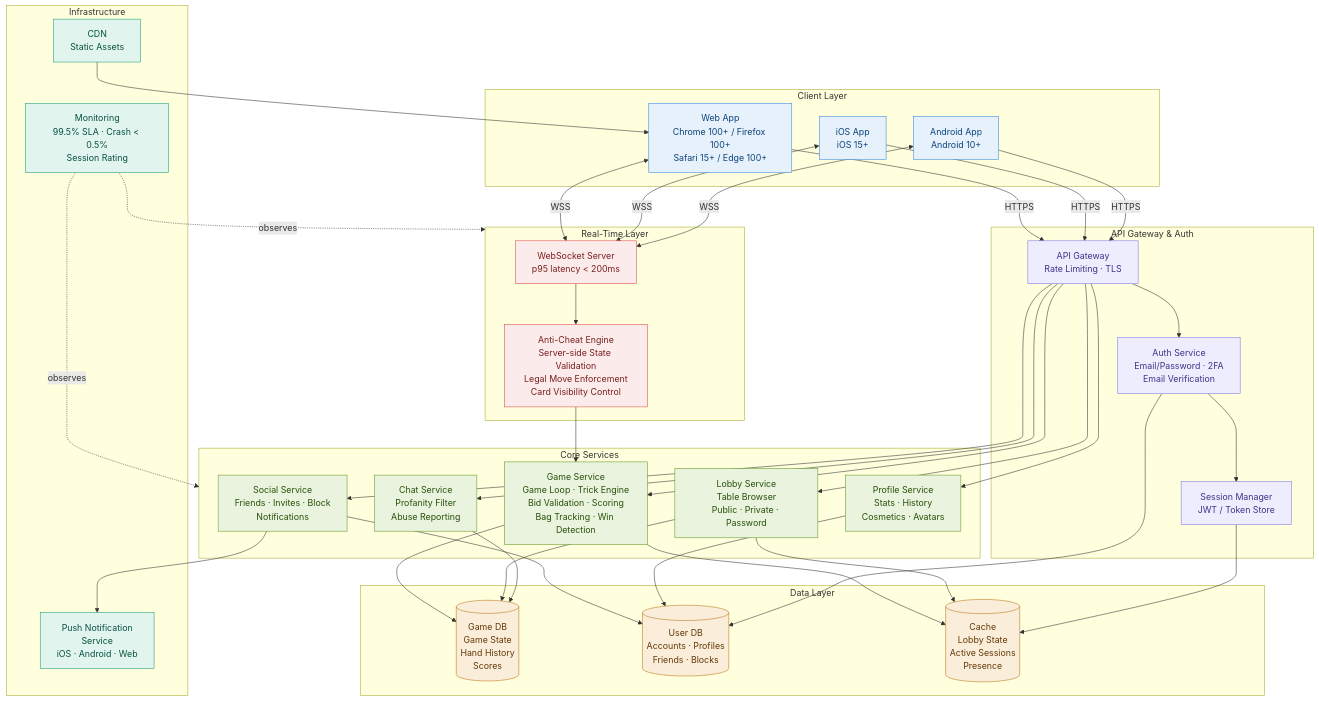
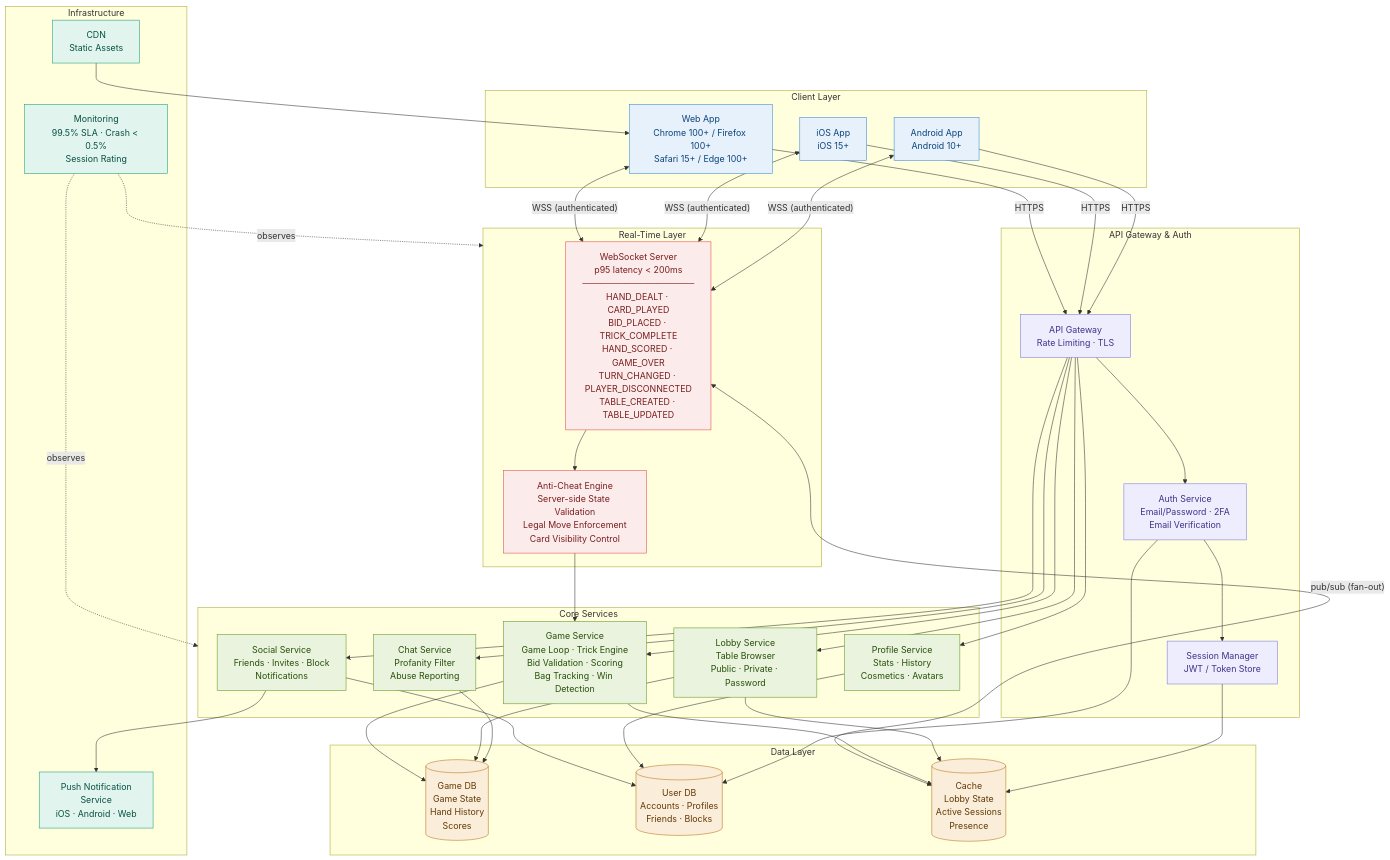
The diagram in docs/spades_architecture.mermaid (Antonelli-Tech-Solutions/spades), drawn with Mermaid before and after one commit. The commit also changed 2 other files, not shown here.

Commit message:
docs: add WebSocket real-time architecture to PRD and task list
Adds PRD Section 6.4 documenting the event-based real-time architecture
(connection lifecycle, event catalog, fan-out via Redis pub/sub,
disconnect/reconnect behavior). Inserts new Slice 2 in TASKS.md with
discrete P0/P1 tasks for the WebSocket server, client migration off
polling, and disconnect detection. Renumbers existing Slices 2–5 to
3–6. Updates the architecture diagram to annotate the WSS edge and show
the Redis pub/sub fan-out link.

Addresses issue #103.

```diff
--- a/docs/spades_architecture.mermaid
+++ b/docs/spades_architecture.mermaid
@@ -1,83 +1,84 @@
 graph TB
     subgraph Clients["Client Layer"]
         WEB["Web App<br/>Chrome 100+ / Firefox 100+<br/>Safari 15+ / Edge 100+"]
         IOS["iOS App<br/>iOS 15+"]
         AND["Android App<br/>Android 10+"]
     end
 
     subgraph Gateway["API Gateway & Auth"]
         GW["API Gateway<br/>Rate Limiting · TLS"]
         AUTH["Auth Service<br/>Email/Password · 2FA<br/>Email Verification"]
         SESSION["Session Manager<br/>JWT / Token Store"]
     end
 
     subgraph Core["Core Services"]
         LOBBY["Lobby Service<br/>Table Browser<br/>Public · Private · Password"]
         MATCH["Game Service<br/>Game Loop · Trick Engine<br/>Bid Validation · Scoring<br/>Bag Tracking · Win Detection"]
         SOCIAL["Social Service<br/>Friends · Invites · Block<br/>Notifications"]
         CHAT["Chat Service<br/>Profanity Filter<br/>Abuse Reporting"]
         PROFILE["Profile Service<br/>Stats · History<br/>Cosmetics · Avatars"]
     end
 
     subgraph Realtime["Real-Time Layer"]
-        WS["WebSocket Server<br/>p95 latency < 200ms"]
+        WS["WebSocket Server<br/>p95 latency < 200ms<br/>──────────────────<br/>HAND_DEALT · CARD_PLAYED<br/>BID_PLACED · TRICK_COMPLETE<br/>HAND_SCORED · GAME_OVER<br/>TURN_CHANGED · PLAYER_DISCONNECTED<br/>TABLE_CREATED · TABLE_UPDATED"]
         ANTICHEAT["Anti-Cheat Engine<br/>Server-side State Validation<br/>Legal Move Enforcement<br/>Card Visibility Control"]
     end
 
     subgraph Data["Data Layer"]
         GAMEDB[("Game DB<br/>Game State<br/>Hand History<br/>Scores")]
         USERDB[("User DB<br/>Accounts · Profiles<br/>Friends · Blocks")]
         CACHE[("Cache<br/>Lobby State<br/>Active Sessions<br/>Presence")]
     end
 
     subgraph Infra["Infrastructure"]
         PUSH["Push Notification<br/>Service<br/>iOS · Android · Web"]
         CDN["CDN<br/>Static Assets"]
         MON["Monitoring<br/>99.5% SLA · Crash < 0.5%<br/>Session Rating"]
     end
 
     WEB & IOS & AND -->|HTTPS| GW
-    WEB & IOS & AND <-->|WSS| WS
+    WEB & IOS & AND <-->|"WSS (authenticated)"| WS
 
     GW --> AUTH
     AUTH --> SESSION
 
     GW --> LOBBY
     GW --> MATCH
     GW --> SOCIAL
     GW --> CHAT
     GW --> PROFILE
 
     WS --> ANTICHEAT
     ANTICHEAT --> MATCH
+    WS <-->|"pub/sub (fan-out)"| CACHE
 
     MATCH --> GAMEDB
     MATCH --> CACHE
     LOBBY --> CACHE
     LOBBY --> GAMEDB
 
     SOCIAL --> USERDB
     SOCIAL --> PUSH
     PROFILE --> USERDB
     CHAT --> GAMEDB
 
     AUTH --> USERDB
     SESSION --> CACHE
 
     CDN --> WEB
     MON -.->|observes| Core
     MON -.->|observes| Realtime
 
     classDef client fill:#E6F1FB,stroke:#378ADD,color:#0C447C
     classDef gateway fill:#EEEDFE,stroke:#7F77DD,color:#3C3489
     classDef service fill:#EAF3DE,stroke:#639922,color:#27500A
     classDef realtime fill:#FCEBEB,stroke:#E24B4A,color:#791F1F
     classDef data fill:#FAEEDA,stroke:#BA7517,color:#633806
     classDef infra fill:#E1F5EE,stroke:#1D9E75,color:#085041
 
     class WEB,IOS,AND client
     class GW,AUTH,SESSION gateway
     class LOBBY,MATCH,SOCIAL,CHAT,PROFILE service
     class WS,ANTICHEAT realtime
     class GAMEDB,USERDB,CACHE data
     class PUSH,CDN,MON infra
```
